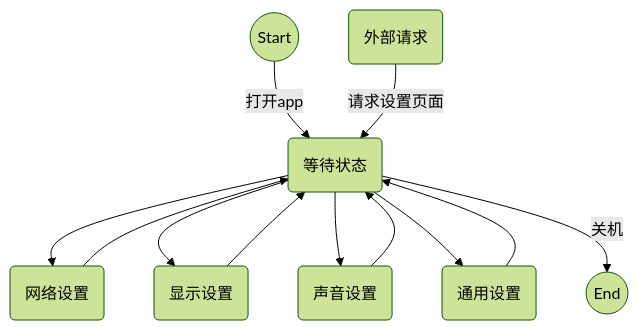
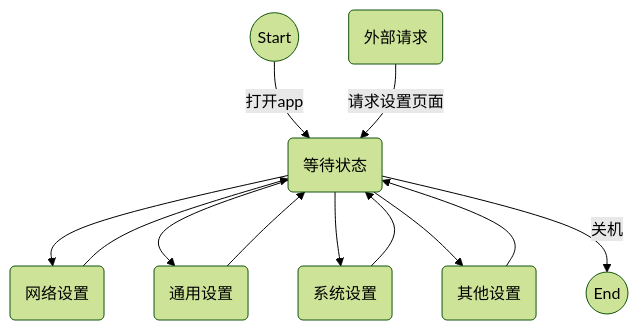
The second of 15 diagrams in First/BTSystemSettingUML/1.total/系统结构.md (AbyssWXK/ObsidianNote), drawn with Mermaid (forest theme) before and after one commit. The commit also changed other lines of this file, not shown here.

````diff
--- a/First/BTSystemSettingUML/1.total/系统结构.md
+++ b/First/BTSystemSettingUML/1.total/系统结构.md
@@ -14,15 +14,15 @@
 ```mermaid
 graph TB
 Start((Start)) -->|打开app| Hold(等待状态)
 Interrupt(外部请求) -->|请求设置页面|Hold
 Hold -->Connect(网络设置)
-Hold -->Display(显示设置)
-Hold -->Voice(声音设置)
-Hold -->Common(通用设置)
+Hold -->Display(通用设置)
+Hold -->Voice(系统设置)
+Hold -->Common(其他设置)
 Connect -->Hold
 Display -->Hold
 Voice -->Hold
 Common -->Hold
 Hold -->|关机|End((End))
 
 ```
````
